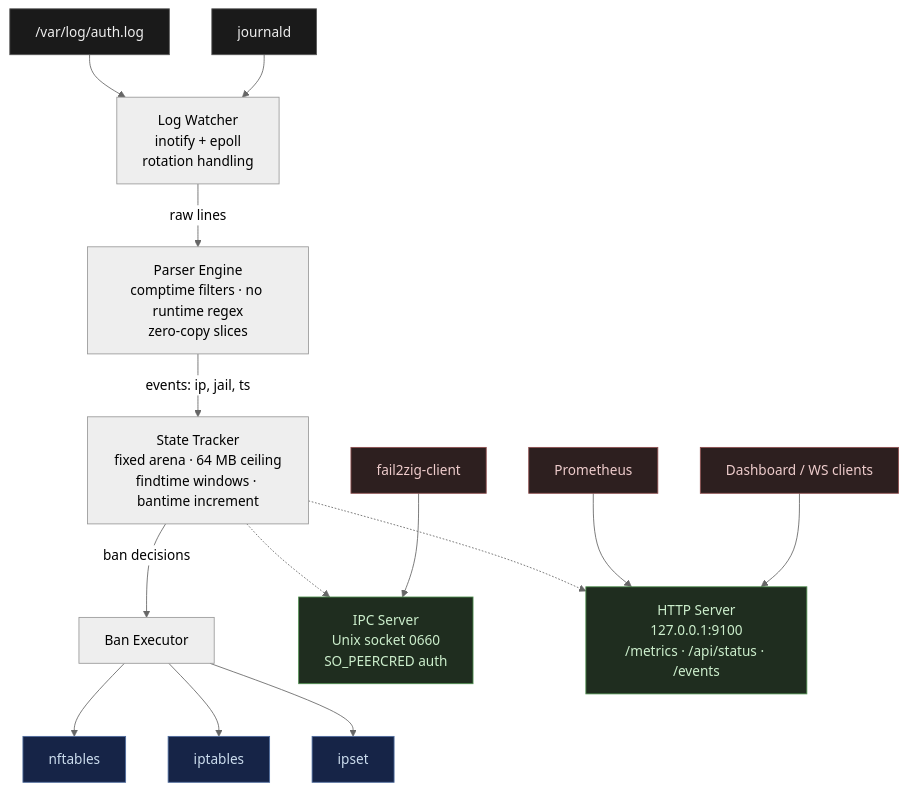
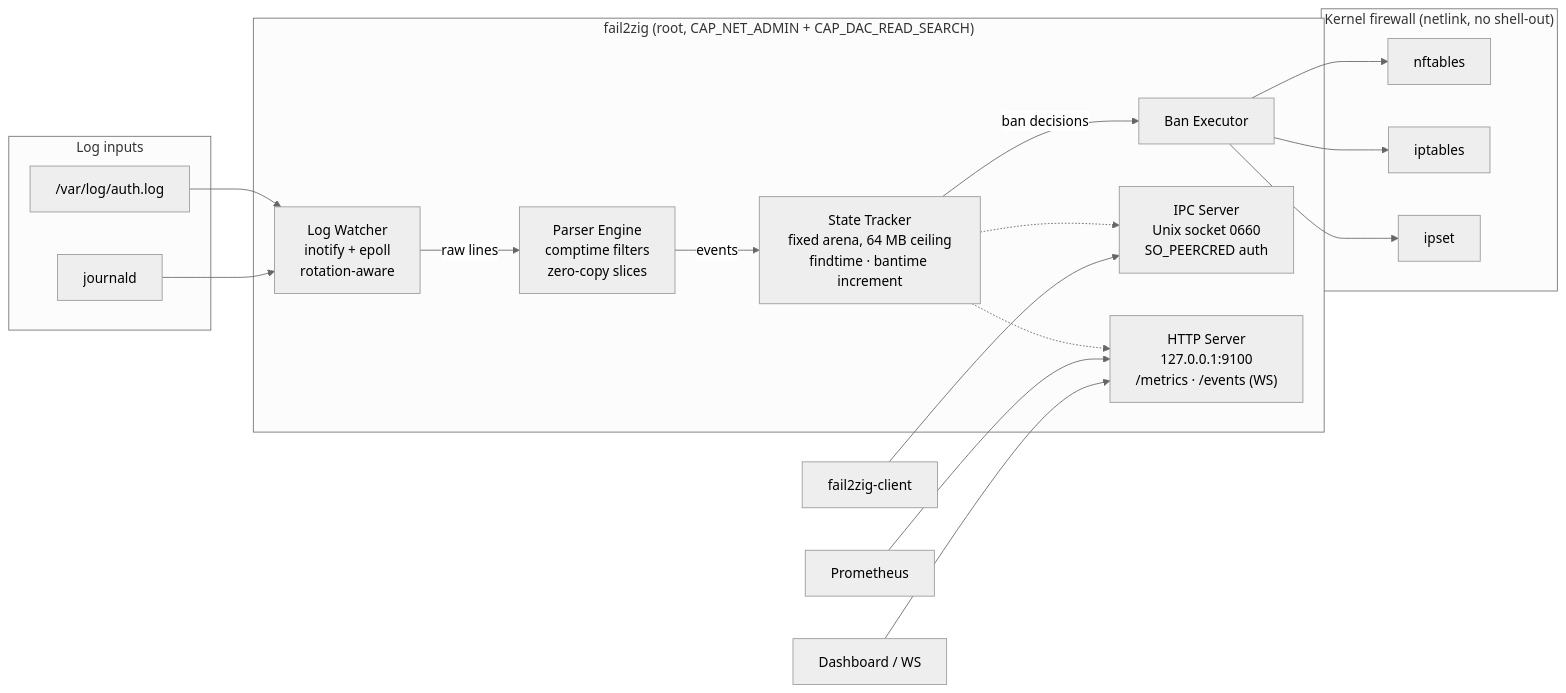
Before and after one commit to ul0gic/fail2zig: the diagram in README.md, drawn with Mermaid (neutral theme). The commit also changed other lines of this file, not shown here.

First line of the commit message:
docs(readme): refresh root README with accurate status and numbers

````diff
--- a/README.md
+++ b/README.md
@@ -200,36 +97,37 @@
 ```mermaid
-flowchart TD
-    AL["/var/log/auth.log"]:::src
-    JD["journald"]:::src
+flowchart LR
+    subgraph Inputs["Log inputs"]
+        AL["/var/log/auth.log"]
+        JD["journald"]
+    end
+
+    subgraph Daemon["fail2zig (root, CAP_NET_ADMIN + CAP_DAC_READ_SEARCH)"]
+        LW["Log Watcher<br/>inotify + epoll<br/>rotation-aware"]
+        PE["Parser Engine<br/>comptime filters<br/>zero-copy slices"]
+        ST["State Tracker<br/>fixed arena, 64 MB ceiling<br/>findtime · bantime increment"]
+        BE["Ban Executor"]
+        IPC["IPC Server<br/>Unix socket 0660<br/>SO_PEERCRED auth"]
+        HTTP["HTTP Server<br/>127.0.0.1:9100<br/>/metrics · /events (WS)"]
+    end
+
+    subgraph Kernel["Kernel firewall (netlink, no shell-out)"]
+        NFT["nftables"]
+        IPT["iptables"]
+        IPS["ipset"]
+    end
 
     AL --> LW
     JD --> LW
-
-    LW["Log Watcher<br/>inotify + epoll<br/>rotation handling"]
-    PE["Parser Engine<br/>comptime filters · no runtime regex<br/>zero-copy slices"]
-    ST["State Tracker<br/>fixed arena · 64 MB ceiling<br/>findtime windows · bantime increment"]
-    BE["Ban Executor"]
-
     LW -->|raw lines| PE
-    PE -->|events: ip, jail, ts| ST
+    PE -->|events| ST
     ST -->|ban decisions| BE
-
-    BE --> NFT["nftables"]:::fw
-    BE --> IPT["iptables"]:::fw
-    BE --> IPS["ipset"]:::fw
-
-    IPC["IPC Server<br/>Unix socket 0660<br/>SO_PEERCRED auth"]:::side
-    HTTP["HTTP Server<br/>127.0.0.1:9100<br/>/metrics · /api/status · /events"]:::side
-
+    BE --> NFT
+    BE --> IPT
+    BE --> IPS
     ST -.-> IPC
     ST -.-> HTTP
 
-    CLI["fail2zig-client"]:::ext --> IPC
-    PROM["Prometheus"]:::ext --> HTTP
-    DASH["Dashboard / WS clients"]:::ext --> HTTP
-
-    classDef src fill:#1a1a1a,stroke:#555,color:#eee
-    classDef fw fill:#162447,stroke:#4f6d9f,color:#cde
-    classDef side fill:#1f2d1f,stroke:#4f8f4f,color:#cec
-    classDef ext fill:#2d1f1f,stroke:#8f4f4f,color:#ecc
+    CLI["fail2zig-client"] --> IPC
+    PROM["Prometheus"] --> HTTP
+    DASH["Dashboard / WS"] --> HTTP
 ```
````
